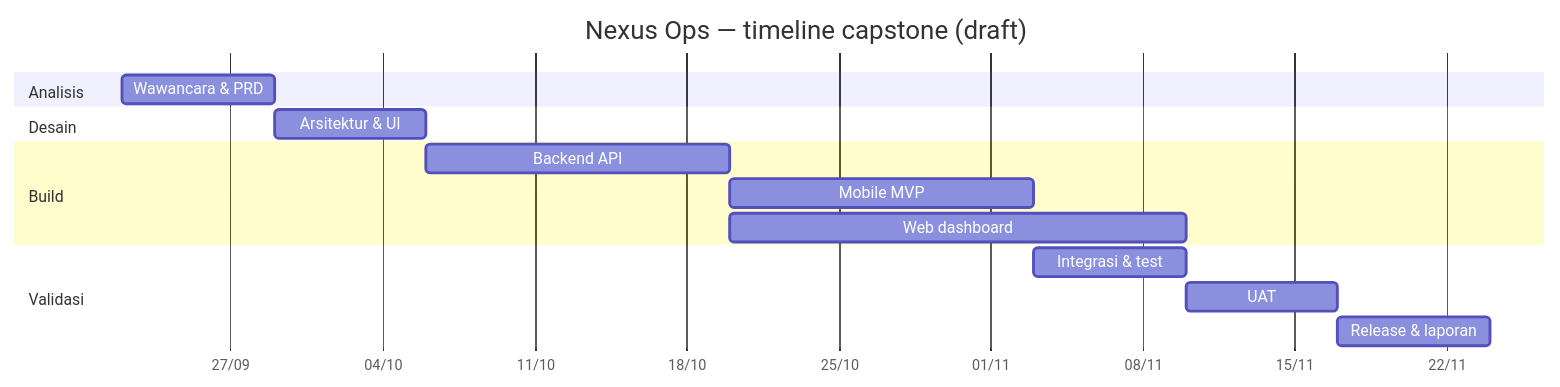
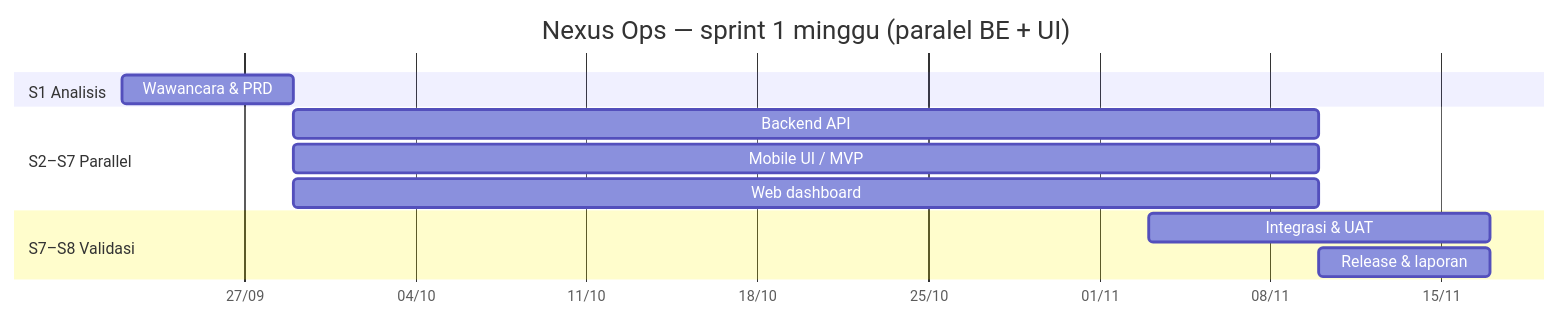
The second of 3 diagrams in docs/sdlc.md (Capstone-Project-Team-B-2026/docs), drawn with Mermaid before and after one commit. The commit also changed other lines of this file and 2 other files, not shown here.

First line of the commit message:
docs: align sprint plan to 1-week parallel BE/UI delivery

````diff
--- a/docs/sdlc.md
+++ b/docs/sdlc.md
@@ -142,22 +147,18 @@
 ```mermaid
 gantt
-  title Nexus Ops — timeline capstone (draft)
+  title Nexus Ops — sprint 1 minggu (paralel BE + UI)
   dateFormat  YYYY-MM-DD
   axisFormat  %d/%m
 
-  section Analisis
-  Wawancara & PRD           :a1, 2026-09-22, 7d
+  section S1 Analisis
+  Wawancara & PRD                :a1, 2026-09-22, 7d
 
-  section Desain
-  Arsitektur & UI           :d1, after a1, 7d
+  section S2–S7 Parallel
+  Backend API                    :b1, 2026-09-29, 42d
+  Mobile UI / MVP                :m1, 2026-09-29, 42d
+  Web dashboard                  :w1, 2026-09-29, 42d
 
-  section Build
-  Backend API               :b1, after d1, 14d
-  Mobile MVP                :b2, after b1, 14d
-  Web dashboard             :b3, after b1, 21d
-
-  section Validasi
-  Integrasi & test          :t1, after b2, 7d
-  UAT                       :t2, after t1, 7d
-  Release & laporan         :r1, after t2, 7d
+  section S7–S8 Validasi
+  Integrasi & UAT                :t1, 2026-11-03, 14d
+  Release & laporan              :r1, 2026-11-10, 7d
 ```
````
